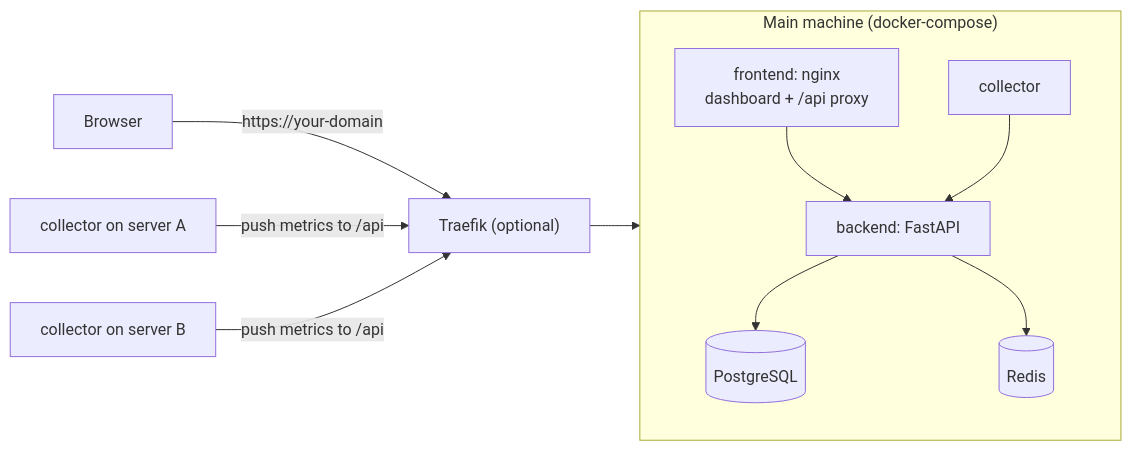
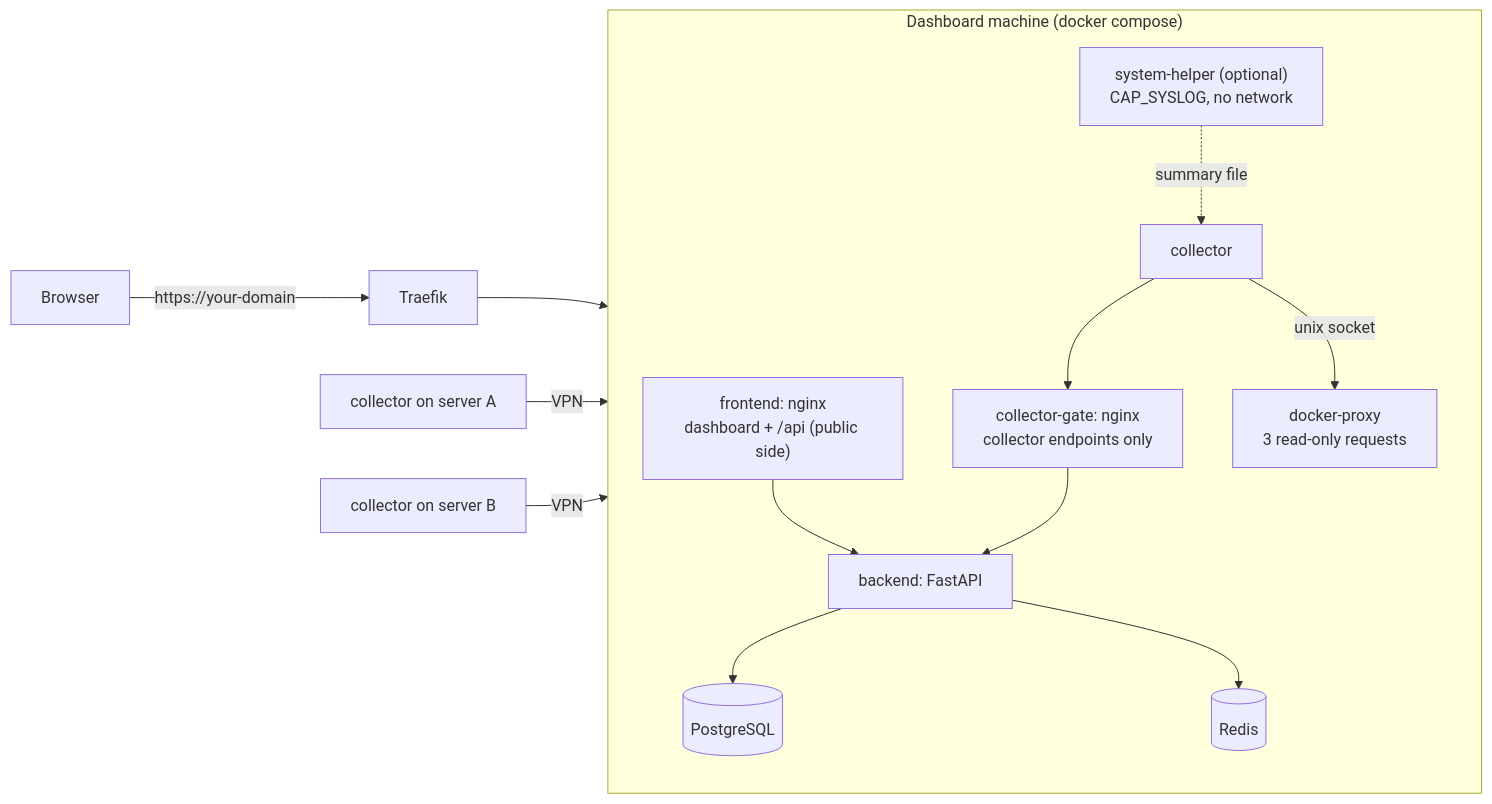
Before and after one commit to karloks2005/Infradeck: the diagram in README.md, drawn with Mermaid. The commit also changed other lines of this file and 34 other files, not shown here.

Commit message:
feat: system health checks, VPN collector gate and security hardening

````diff
--- a/README.md
+++ b/README.md
@@ -36,14 +57,17 @@
 ```mermaid
 flowchart LR
-    subgraph main["Main machine (docker-compose)"]
+    subgraph main["Dashboard machine (docker compose)"]
         direction TB
-        proxy["frontend: nginx<br/>dashboard + /api proxy"] --> backend["backend: FastAPI"]
+        proxy["frontend: nginx<br/>dashboard + /api (public side)"] --> backend["backend: FastAPI"]
+        gate["collector-gate: nginx<br/>collector endpoints only"] --> backend
         backend --> pg[(PostgreSQL)]
         backend --> redis[(Redis)]
-        localc["collector"] --> backend
+        localc["collector"] --> gate
+        localc -->|"unix socket"| dproxy["docker-proxy<br/>3 read-only requests"]
+        helper["system-helper (optional)<br/>CAP_SYSLOG, no network"] -.->|"summary file"| localc
     end
-    browser["Browser"] -->|"https://your-domain"| traefik["Traefik (optional)"]
+    browser["Browser"] -->|"https://your-domain"| traefik["Traefik"]
     traefik --> proxy
-    c1["collector on server A"] -->|"push metrics to /api"| traefik
-    c2["collector on server B"] -->|"push metrics to /api"| traefik
+    c1["collector on server A"] -->|"VPN"| gate
+    c2["collector on server B"] -->|"VPN"| gate
 ```
````
